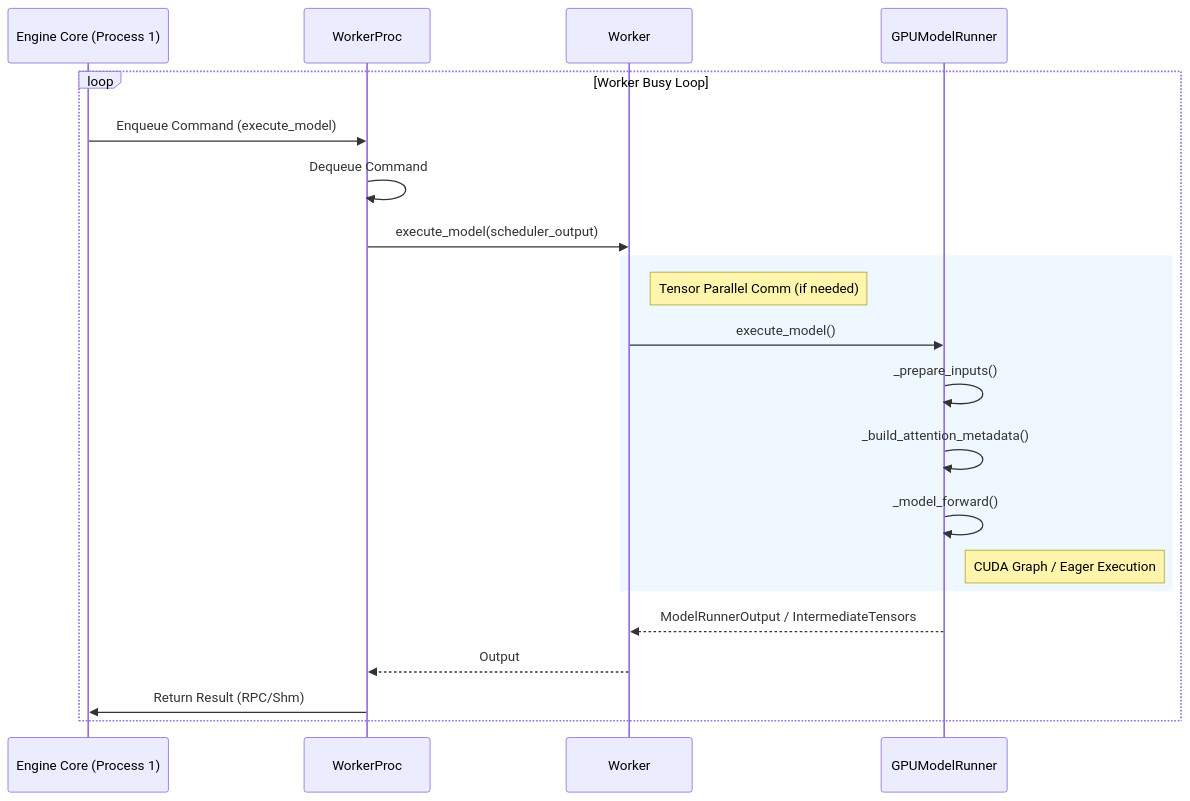
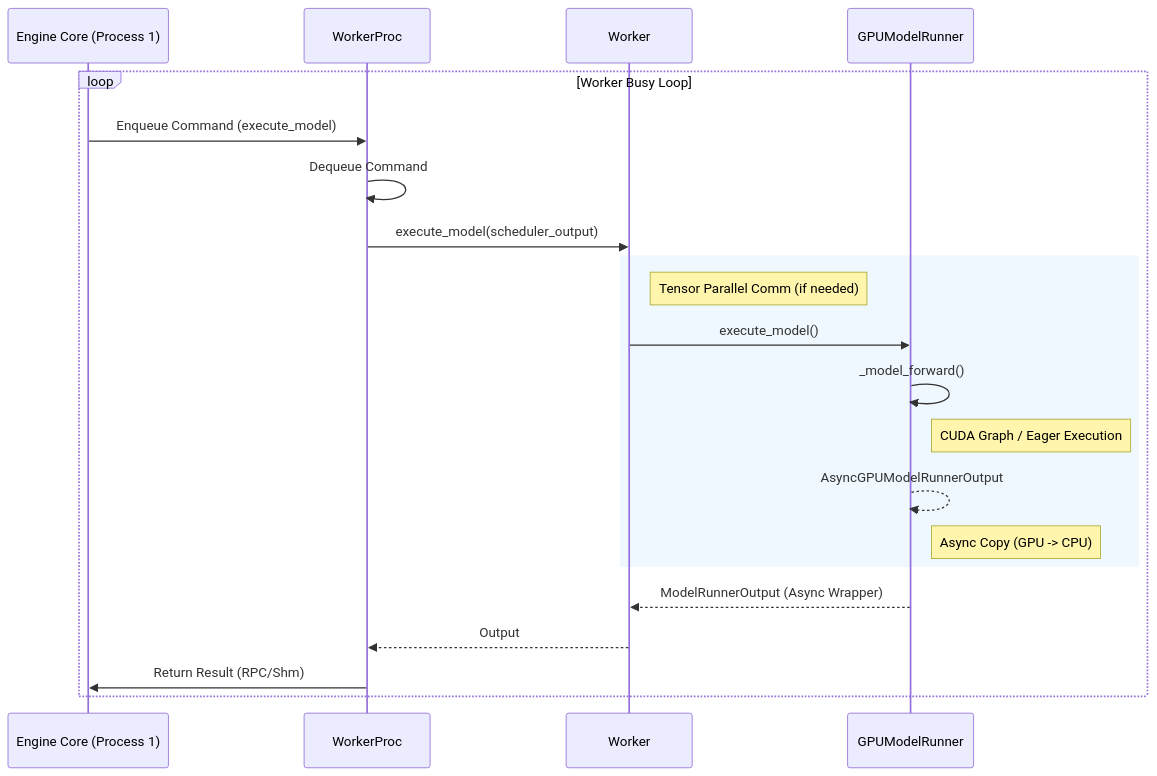
One commit to Icedcocon/Icedcocon.github.io changed the fourth of 4 diagrams in posts/ai/kvcache/lmcache-mooncake-vllm源码剖析/index.md. Above: the diagram before and after it, drawn with Mermaid. The commit also changed other lines of this file and 32 other files, not shown here.

````diff
--- a/posts/ai/kvcache/lmcache-mooncake-vllm源码剖析/index.md
+++ b/posts/ai/kvcache/lmcache-mooncake-vllm源码剖析/index.md
@@ -445,30 +550,30 @@
 ```mermaid
 sequenceDiagram
     participant Exec as Engine Core (Process 1)
     participant WProc as WorkerProc
     participant Worker as Worker
     participant Runner as GPUModelRunner
 
     loop Worker Busy Loop
         Exec->>WProc: Enqueue Command (execute_model)
         WProc->>WProc: Dequeue Command
         
         WProc->>Worker: execute_model(scheduler_output)
         
         rect rgb(240, 248, 255)
             note right of Worker: Tensor Parallel Comm (if needed)
             Worker->>Runner: execute_model()
             
-            Runner->>Runner: _prepare_inputs()
-            Runner->>Runner: _build_attention_metadata()
-            
             Runner->>Runner: _model_forward()
             note right of Runner: CUDA Graph / Eager Execution
+            
+            Runner-->>Runner: AsyncGPUModelRunnerOutput
+            note right of Runner: Async Copy (GPU -> CPU)
         end
         
-        Runner-->>Worker: ModelRunnerOutput / IntermediateTensors
+        Runner-->>Worker: ModelRunnerOutput (Async Wrapper)
         Worker-->>WProc: Output
         
         WProc->>Exec: Return Result (RPC/Shm)
     end
 ```
````
